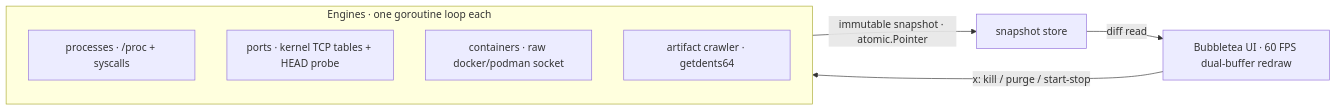
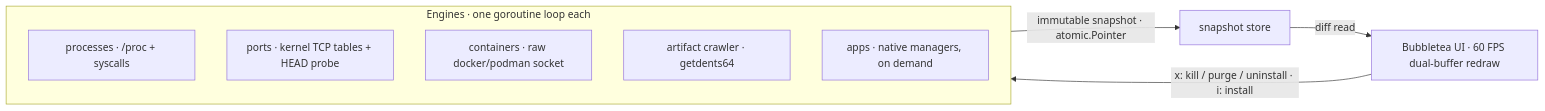
Before and after one commit to gaurav-dhakal/vibe-check: the diagram in docs/architecture.md, drawn with Mermaid. The commit also changed other lines of this file and 38 other files, not shown here.

````diff
--- a/docs/architecture.md
+++ b/docs/architecture.md
@@ -7,12 +7,13 @@
 ```mermaid
 flowchart LR
     subgraph E[Engines · one goroutine loop each]
         P[processes · /proc + syscalls]
         O[ports · kernel TCP tables + HEAD probe]
         D[containers · raw docker/podman socket]
         C[artifact crawler · getdents64]
+        A[apps · native managers, on demand]
     end
     E -- immutable snapshot · atomic.Pointer --> S[snapshot store]
     S -- diff read --> U[Bubbletea UI · 60 FPS dual-buffer redraw]
-    U -- "x: kill / purge / start-stop" --> E
+    U -- "x: kill / purge / uninstall · i: install" --> E
 ```
````
